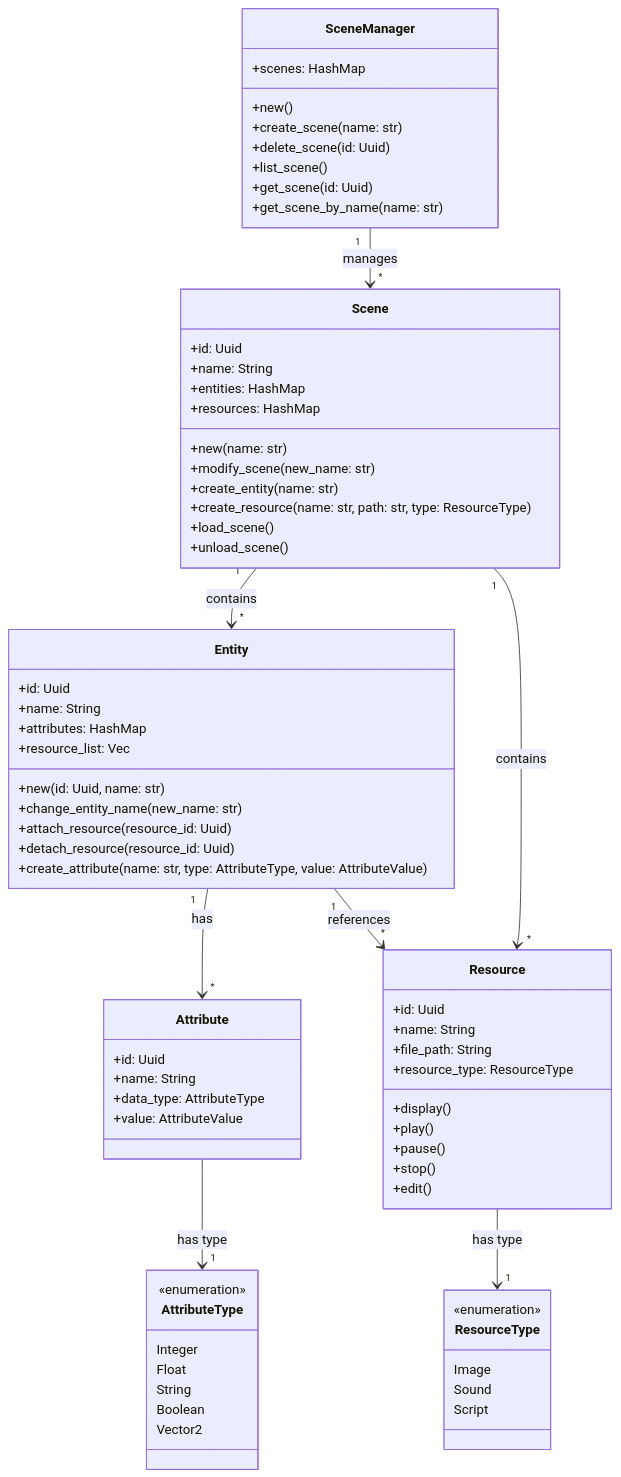
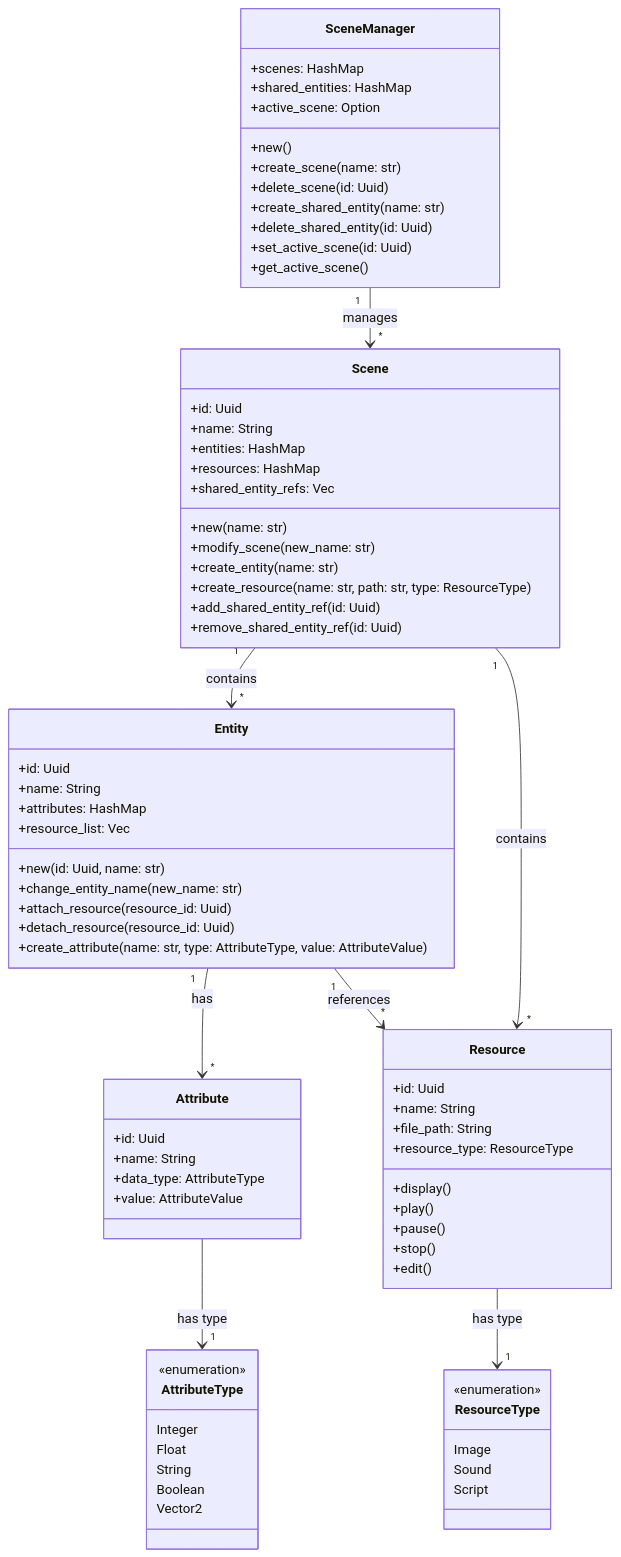
The second of 3 diagrams in README.md (gh0stintheshe11/Rust-2D-Game-Engine), drawn with Mermaid before and after one commit. The commit also changed other lines of this file, not shown here.

```diff
--- a/README.md
+++ b/README.md
@@ -312,12 +312,15 @@
 classDiagram
     class SceneManager {
         +scenes: HashMap<Uuid, Scene>
+        +shared_entities: HashMap<Uuid, Entity>
+        +active_scene: Option<Uuid>
         +new()
         +create_scene(name: str)
         +delete_scene(id: Uuid)
-        +list_scene()
-        +get_scene(id: Uuid)
-        +get_scene_by_name(name: str)
+        +create_shared_entity(name: str)
+        +delete_shared_entity(id: Uuid)
+        +set_active_scene(id: Uuid)
+        +get_active_scene()
     }
 
     class Scene {
@@ -325,12 +328,13 @@
         +name: String
         +entities: HashMap<Uuid, Entity>
         +resources: HashMap<Uuid, Resource>
+        +shared_entity_refs: Vec<Uuid>
         +new(name: str)
         +modify_scene(new_name: str)
         +create_entity(name: str)
         +create_resource(name: str, path: str, type: ResourceType)
-        +load_scene()
-        +unload_scene()
+        +add_shared_entity_ref(id: Uuid)
+        +remove_shared_entity_ref(id: Uuid)
     }
 
     class Entity {
```
